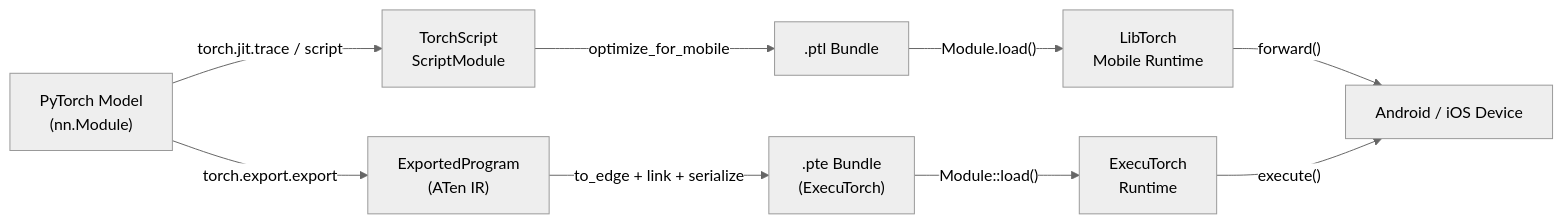
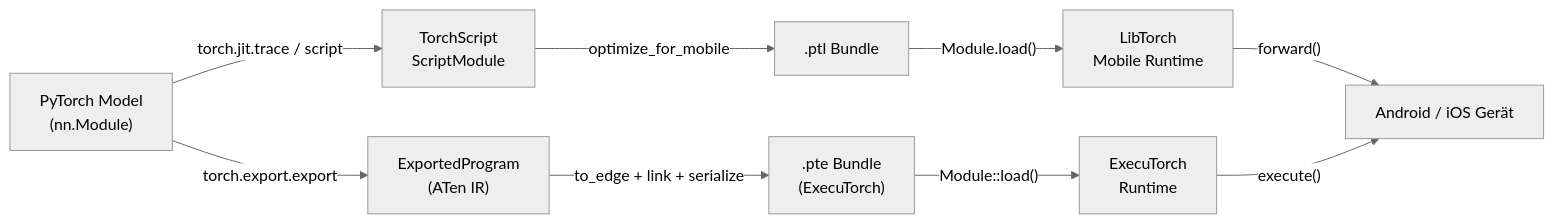
Before and after one commit to EmersonBraun/ai-summary-hub: the diagram in i18n/de/docusaurus-plugin-content-docs/current/edge-ai/pytorch-mobile.md, drawn with Mermaid (neutral theme). The commit also changed other lines of this file and 178 other files, not shown here.

````diff
--- a/i18n/de/docusaurus-plugin-content-docs/current/edge-ai/pytorch-mobile.md
+++ b/i18n/de/docusaurus-plugin-content-docs/current/edge-ai/pytorch-mobile.md
@@ -19,11 +21,11 @@
 ```mermaid
 flowchart LR
   PyModel["PyTorch Model\n(nn.Module)"] -->|"torch.jit.trace / script"| TorchScript["TorchScript\nScriptModule"]
   PyModel -->|"torch.export.export"| ExportedProgram["ExportedProgram\n(ATen IR)"]
   TorchScript -->|"optimize_for_mobile"| PTL[".ptl Bundle"]
   ExportedProgram -->|"to_edge + link + serialize"| PTE[".pte Bundle\n(ExecuTorch)"]
   PTL -->|"Module.load()"| LibTorch["LibTorch\nMobile Runtime"]
   PTE -->|"Module::load()"| ETRuntime["ExecuTorch\nRuntime"]
-  LibTorch -->|"forward()"| Device["Android / iOS Device"]
+  LibTorch -->|"forward()"| Device["Android / iOS Gerät"]
   ETRuntime -->|"execute()"| Device
 ```
````
